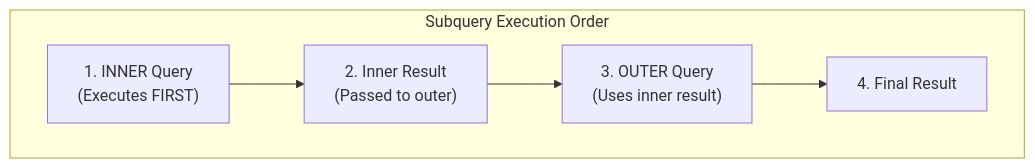
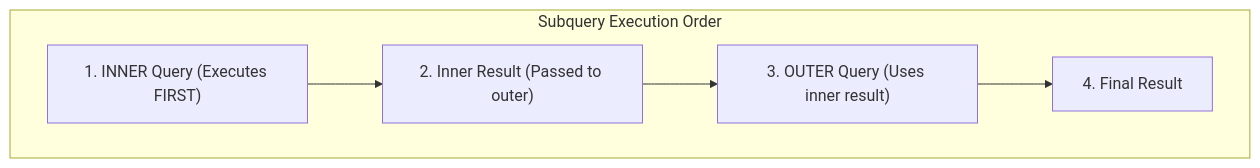
One commit to pentoshi007/prep changed diagram 13 of 16 in SQL/readmeClV1.md. Above: the diagram before and after it, drawn with Mermaid. The commit also changed other lines of this file and 1 other file, not shown here.

````diff
--- a/SQL/readmeClV1.md
+++ b/SQL/readmeClV1.md
@@ -1745,13 +1745,13 @@
 ```mermaid
 flowchart TD
     subgraph Execution["Subquery Execution Order"]
-        INNER["1. INNER Query\n(Executes FIRST)"]
-        RESULT["2. Inner Result\n(Passed to outer)"]
-        OUTER["3. OUTER Query\n(Uses inner result)"]
+        INNER["1. INNER Query (Executes FIRST)"]
+        RESULT["2. Inner Result (Passed to outer)"]
+        OUTER["3. OUTER Query (Uses inner result)"]
         FINAL["4. Final Result"]
     end
 
     INNER --> RESULT
     RESULT --> OUTER
     OUTER --> FINAL
 ```
````
